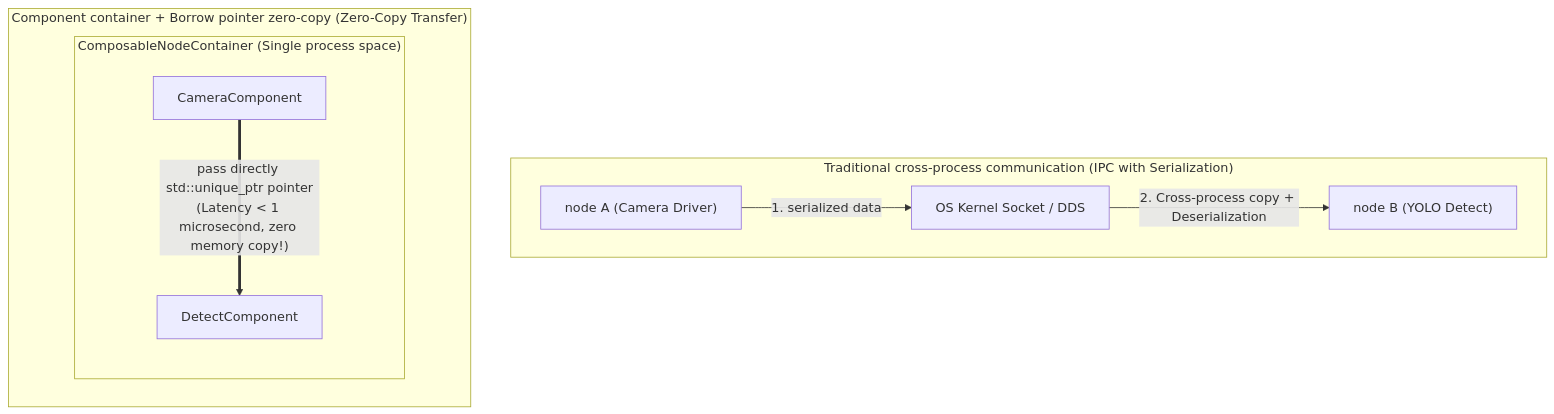
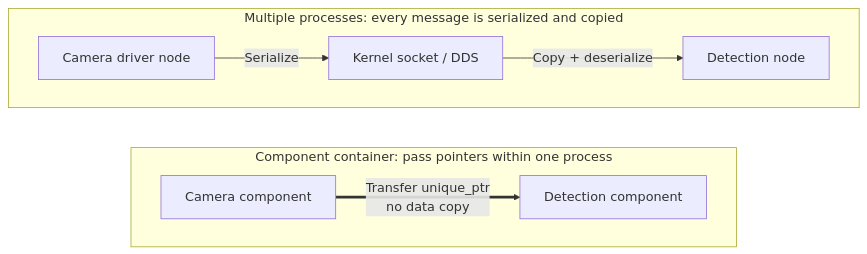
One commit to TingdeLiu/tingdeliu.github.io changed diagram 12 of 21 in _translations/en/research/ROS2-Survey.md. Above: the diagram before and after it, drawn with Mermaid. The commit also changed other lines of this file and 2 other files, not shown here.

````diff
--- a/_translations/en/research/ROS2-Survey.md
+++ b/_translations/en/research/ROS2-Survey.md
@@ -737,15 +672,15 @@
 ```mermaid
 flowchart TB
-    subgraph Traditional["Traditional cross-process communication (IPC with Serialization)"]
-        P1["node A (Camera Driver)"] -->|"1. serialized data"| K["OS Kernel Socket / DDS"]
-        K -->|"2. Cross-process copy + Deserialization"| P2["node B (YOLO Detect)"]
+    subgraph Traditional["Multiple processes: every message is serialized and copied"]
+        direction LR
+        P1["Camera driver node"] -->|Serialize| K["Kernel socket / DDS"]
+        K -->|Copy + deserialize| P2["Detection node"]
     end
 
-    subgraph ZeroCopy["Component container + Borrow pointer zero-copy (Zero-Copy Transfer)"]
-        subgraph Container["ComposableNodeContainer (Single process space)"]
-            C1["CameraComponent"]
-            C2["DetectComponent"]
-            C1 ==>|"pass directly std::unique_ptr pointer<br/>(Latency < 1 microsecond, zero memory copy!)"| C2
-        end
+    subgraph Container["Component container: pass pointers within one process"]
+        direction LR
+        C1["Camera component"] ==>|"Transfer unique_ptr<br/>no data copy"| C2["Detection component"]
     end
+
+    Traditional ~~~ Container
 ```
````
